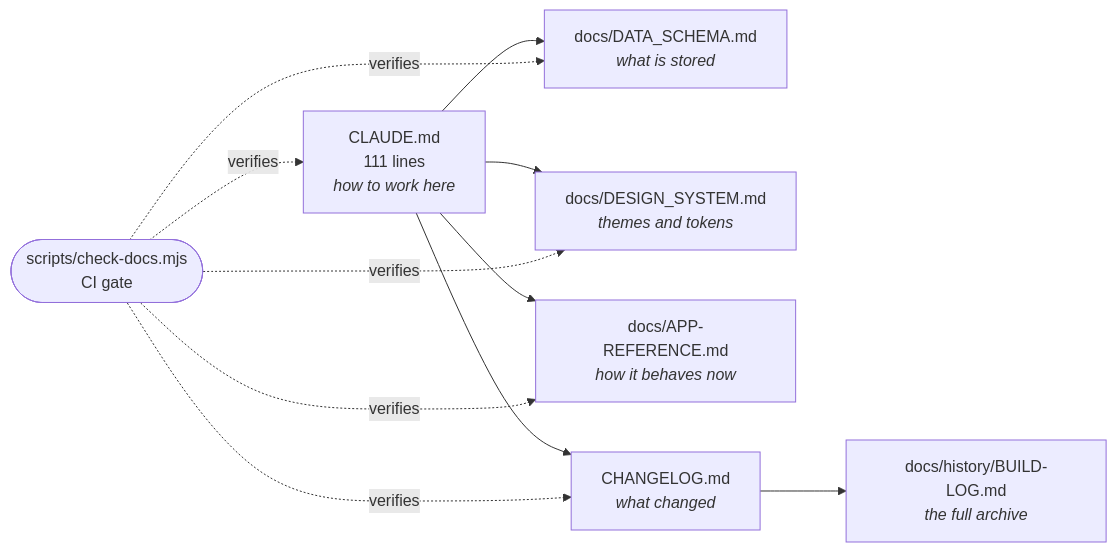
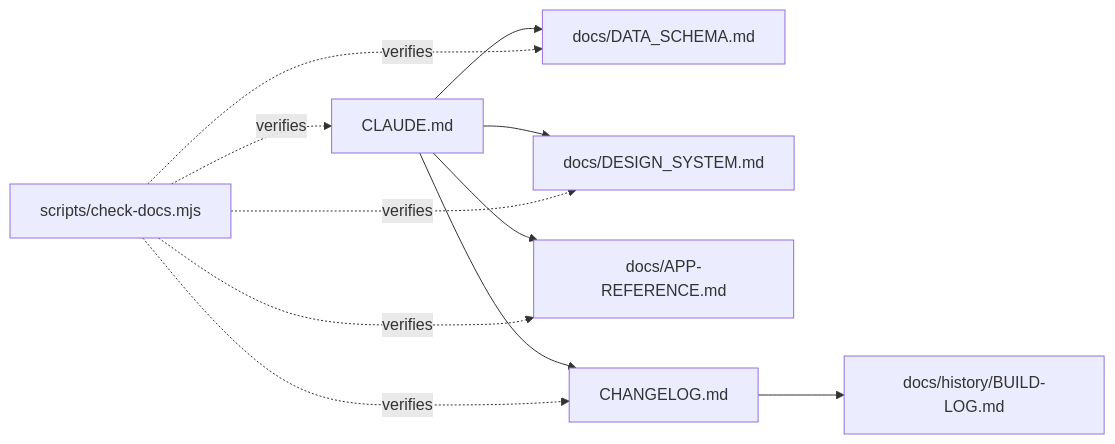
One commit to InesPatricia/Mi-Dia-App changed the diagram in README.md. Above: the diagram before and after it, drawn with Mermaid. The commit also changed other lines of this file and 2 other files, not shown here.

Commit message:
fix(readme): plain labels in the architecture diagram, and gate the pattern
The diagram in the README read as "docs/DATA_SCHEMA.mdwhat is stored" and
"CLAUDE.md111 lineshow to work here". GitHub renders mermaid with HTML
labels disabled and strips the tags rather than failing, so the <br/> and
<i> I had written vanished and the words fused. The diagram still drew,
which is why nothing looked wrong until someone read it.

Labels are plain single-line names now. The diagram says where things sit;
the table under it already said what each file holds, so the duplication is
gone too.

Rule 7 fails the build on any HTML inside a mermaid label. Its negative
case is this exact diagram, not a synthetic one — the rule was written
against the screenshot.

How this was diagnosed, since guessing twice was the problem: the npm
mermaid package renders the broken diagram happily, on both 10.x and 11.x,
so it does not reproduce GitHub. Loading the real page in a browser and
looking at it did.

check-docs 7/7, its own tests 14/14.

````diff
--- a/README.md
+++ b/README.md
@@ -223,13 +223,14 @@
 ```mermaid
-graph LR
-    A["CLAUDE.md<br/>111 lines<br/><i>how to work here</i>"] --> B["docs/DATA_SCHEMA.md<br/><i>what is stored</i>"]
-    A --> C["docs/DESIGN_SYSTEM.md<br/><i>themes and tokens</i>"]
-    A --> D["docs/APP-REFERENCE.md<br/><i>how it behaves now</i>"]
-    A --> E["CHANGELOG.md<br/><i>what changed</i>"]
-    E --> F["docs/history/BUILD-LOG.md<br/><i>the full archive</i>"]
-    G(["scripts/check-docs.mjs<br/>CI gate"]) -.->|verifies| A
-    G -.->|verifies| B
-    G -.->|verifies| C
-    G -.->|verifies| D
-    G -.->|verifies| E
+flowchart LR
+    ROUTER["CLAUDE.md"]
+    ROUTER --> SCHEMA["docs/DATA_SCHEMA.md"]
+    ROUTER --> DESIGN["docs/DESIGN_SYSTEM.md"]
+    ROUTER --> REF["docs/APP-REFERENCE.md"]
+    ROUTER --> LOG["CHANGELOG.md"]
+    LOG --> ARCHIVE["docs/history/BUILD-LOG.md"]
+    GATE["scripts/check-docs.mjs"] -. verifies .-> ROUTER
+    GATE -. verifies .-> SCHEMA
+    GATE -. verifies .-> DESIGN
+    GATE -. verifies .-> REF
+    GATE -. verifies .-> LOG
 ```
````
